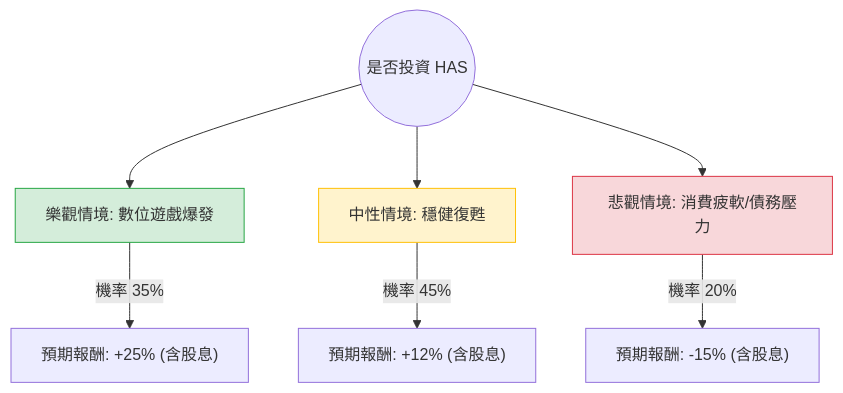
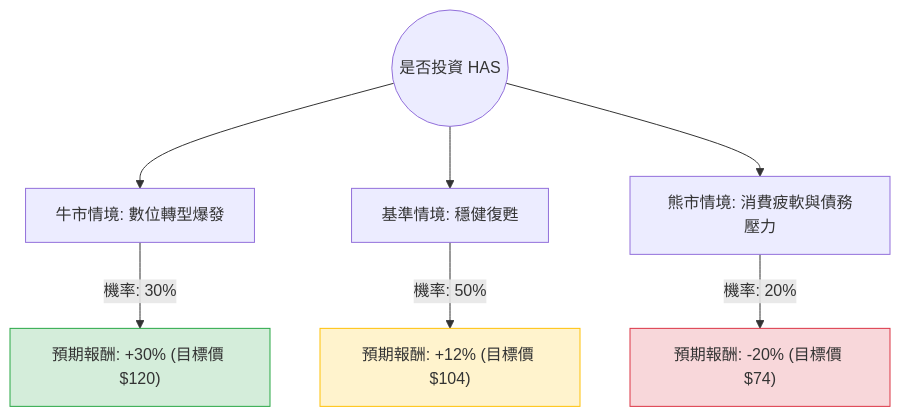
The diagram in plugin-react/ai-analysis/ev-analysis/HAS.md (zmcx16/zmcx16.github.io), drawn with Mermaid before and after one commit. The commit also changed other lines of this file and 80 other files, not shown here.

````diff
--- a/plugin-react/ai-analysis/ev-analysis/HAS.md
+++ b/plugin-react/ai-analysis/ev-analysis/HAS.md
@@ -19,14 +20,14 @@
 ```mermaid
 graph TD
-    Start((是否投資 HAS)) --> Bull[樂觀情境: 數位遊戲爆發]
-    Start --> Base[中性情境: 穩健復甦]
-    Start --> Bear[悲觀情境: 消費疲軟/債務壓力]
+    Start((是否投資 HAS)) --> Bull[牛市情境: 數位轉型爆發]
+    Start --> Base[基準情境: 穩健復甦]
+    Start --> Bear[熊市情境: 消費疲軟與債務壓力]
 
-    Bull -- "機率 35%" --> Bull_EV["預期報酬: +25% (含股息)"]
-    Base -- "機率 45%" --> Base_EV["預期報酬: +12% (含股息)"]
-    Bear -- "機率 20%" --> Bear_EV["預期報酬: -15% (含股息)"]
+    Bull -- "機率: 30%" --> BullVal["預期報酬: +30% (目標價 $120)"]
+    Base -- "機率: 50%" --> BaseVal["預期報酬: +12% (目標價 $104)"]
+    Bear -- "機率: 20%" --> BearVal["預期報酬: -20% (目標價 $74)"]
 
-    style Bull fill:#d4edda,stroke:#28a745
-    style Base fill:#fff3cd,stroke:#ffc107
-    style Bear fill:#f8d7da,stroke:#dc3545
+    style BullVal fill:#d4edda,stroke:#28a745
+    style BaseVal fill:#fff3cd,stroke:#ffc107
+    style BearVal fill:#f8d7da,stroke:#dc3545
 ```
````
